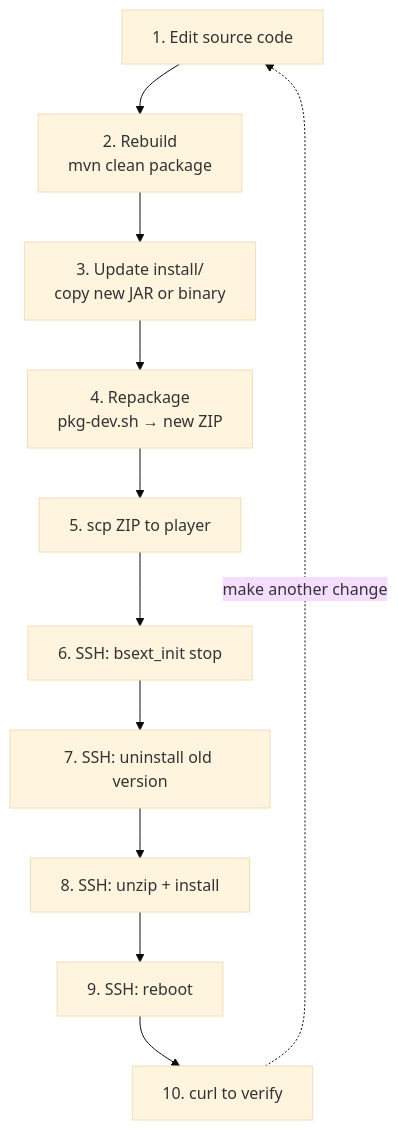
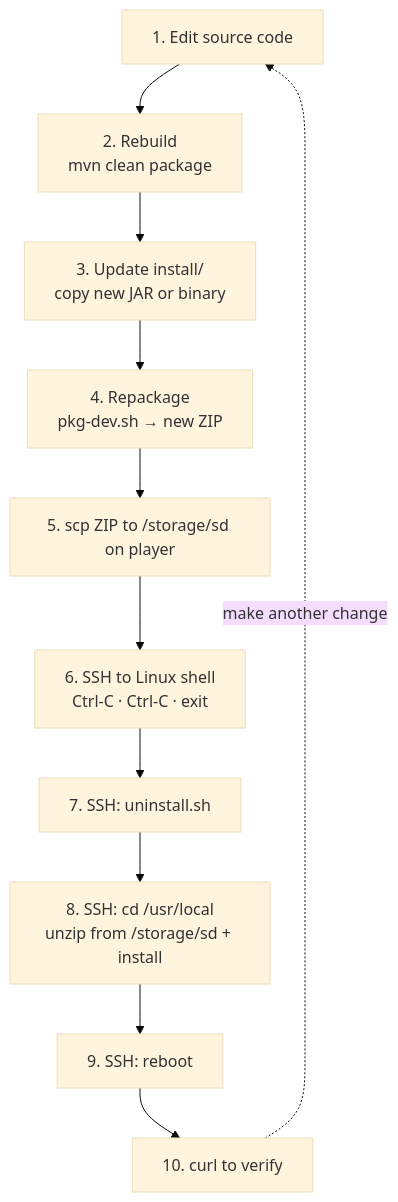
Before and after one commit to BrightDevelopers/bs-workshop-extension: the diagram in workshop/08-iterate/README.md, drawn with Mermaid (base theme). The commit also changed other lines of this file and 4 other files, not shown here.

````diff
--- a/workshop/08-iterate/README.md
+++ b/workshop/08-iterate/README.md
@@ -154,13 +152,13 @@
 ```mermaid
 flowchart TD
     A["1. Edit source code"] --> B["2. Rebuild\nmvn clean package"]
     B --> C["3. Update install/\ncopy new JAR or binary"]
     C --> D["4. Repackage\npkg-dev.sh → new ZIP"]
-    D --> E["5. scp ZIP to player"]
-    E --> F["6. SSH: bsext_init stop"]
-    F --> G["7. SSH: uninstall old version"]
-    G --> H["8. SSH: unzip + install"]
+    D --> E["5. scp ZIP to /storage/sd on player"]
+    E --> F["6. SSH to Linux shell\nCtrl-C · Ctrl-C · exit"]
+    F --> G["7. SSH: uninstall.sh"]
+    G --> H["8. SSH: cd /usr/local\nunzip from /storage/sd + install"]
     H --> I["9. SSH: reboot"]
     I --> J["10. curl to verify"]
     J -.->|"make another change"| A
 ```
````
